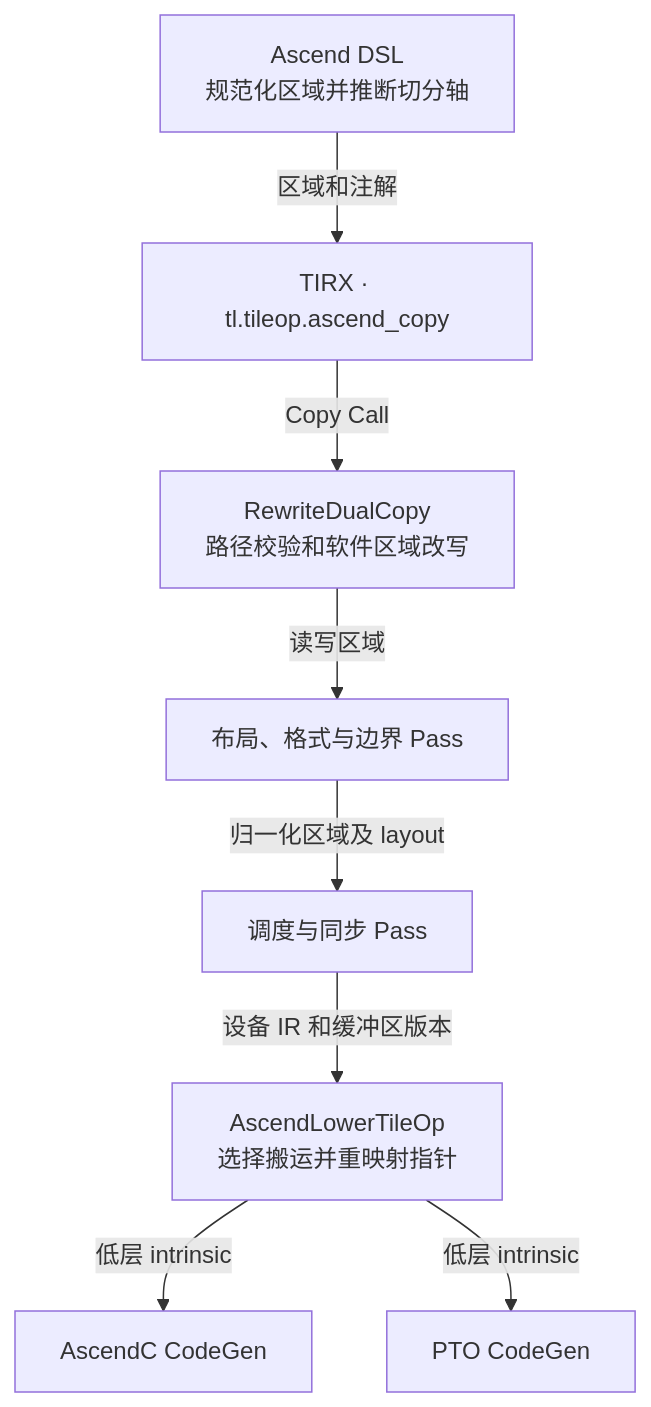
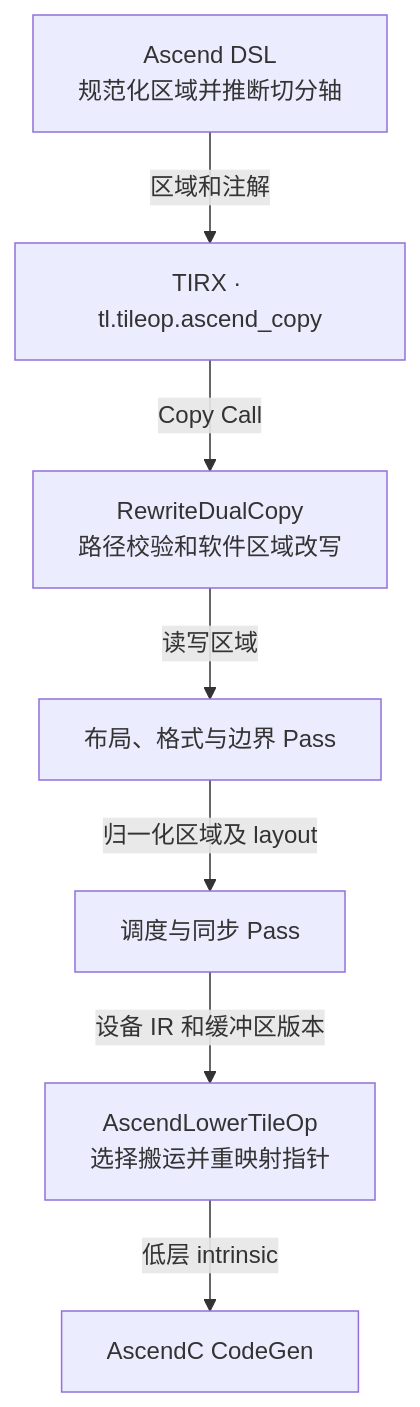
Before and after one commit to yyyy999/tilelang: the first of 4 diagrams in docs/设计文档/Dual_Copy_SR_Design.md, drawn with Mermaid. The commit also changed other lines of this file, not shown here.

````diff
--- a/docs/设计文档/Dual_Copy_SR_Design.md
+++ b/docs/设计文档/Dual_Copy_SR_Design.md
@@ -60,10 +61,9 @@
 ```mermaid
 flowchart TD
     DSL["Ascend DSL<br/>规范化区域并推断切分轴"] -->|区域和注解| IR["TIRX · tl.tileop.ascend_copy"]
     IR -->|Copy Call| RW["RewriteDualCopy<br/>路径校验和软件区域改写"]
     RW -->|读写区域| PRE["布局、格式与边界 Pass"]
     PRE -->|归一化区域及 layout| SCHED["调度与同步 Pass"]
     SCHED -->|设备 IR 和缓冲区版本| LOWER["AscendLowerTileOp<br/>选择搬运并重映射指针"]
     LOWER -->|低层 intrinsic| AC["AscendC CodeGen"]
-    LOWER -->|低层 intrinsic| PTO["PTO CodeGen"]
 ```
````
